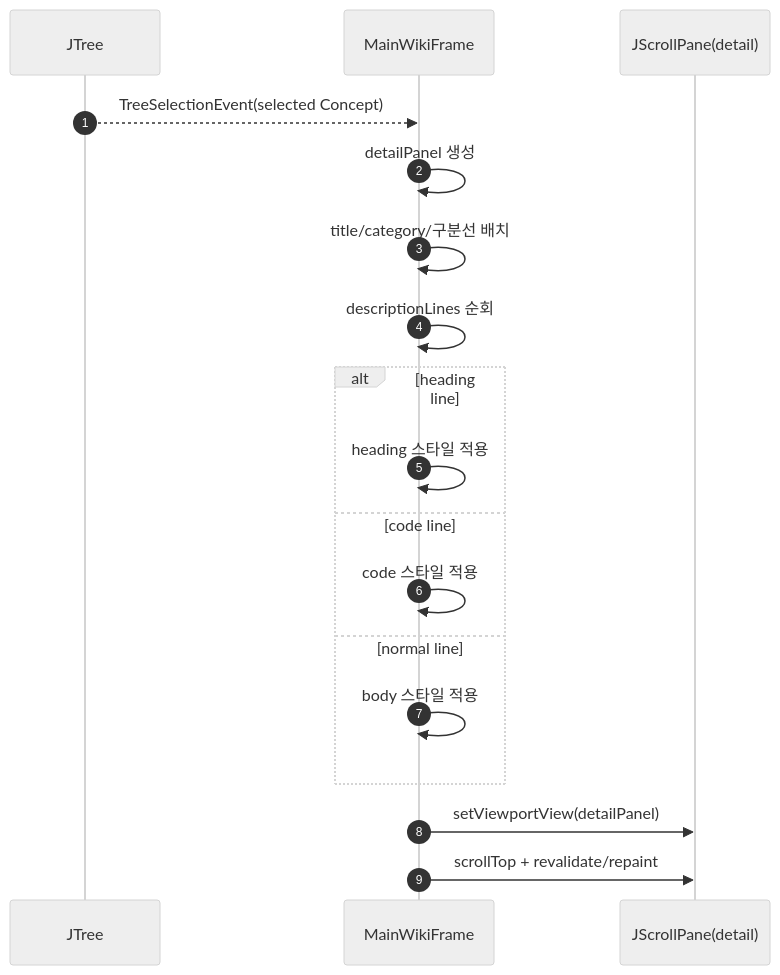
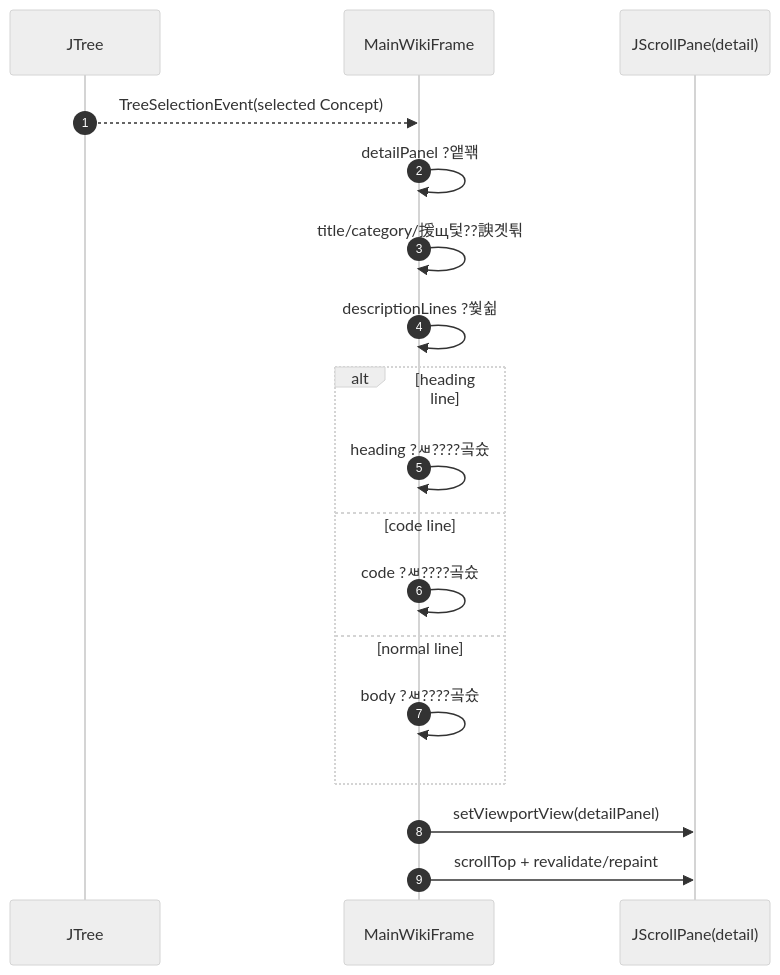
Before and after one commit to jegalhb/JAVA_WIKI_ONLINE: the eighth of 22 diagrams in src/Reproject/README.md, drawn with Mermaid (neutral theme). The commit also changed other lines of this file, not shown here.

````diff
--- a/src/Reproject/README.md
+++ b/src/Reproject/README.md
@@ -225,21 +225,21 @@
 ```mermaid
 sequenceDiagram
     autonumber
     participant T as JTree
     participant MW as MainWikiFrame
     participant SP as JScrollPane(detail)
 
     T-->>MW: TreeSelectionEvent(selected Concept)
-    MW->>MW: detailPanel 생성
-    MW->>MW: title/category/구분선 배치
-    MW->>MW: descriptionLines 순회
+    MW->>MW: detailPanel ?앹꽦
+    MW->>MW: title/category/援щ텇??諛곗튂
+    MW->>MW: descriptionLines ?쒗쉶
     alt heading line
-        MW->>MW: heading 스타일 적용
+        MW->>MW: heading ?ㅽ????곸슜
     else code line
-        MW->>MW: code 스타일 적용
+        MW->>MW: code ?ㅽ????곸슜
     else normal line
-        MW->>MW: body 스타일 적용
+        MW->>MW: body ?ㅽ????곸슜
     end
     MW->>SP: setViewportView(detailPanel)
     MW->>SP: scrollTop + revalidate/repaint
 ```
````
